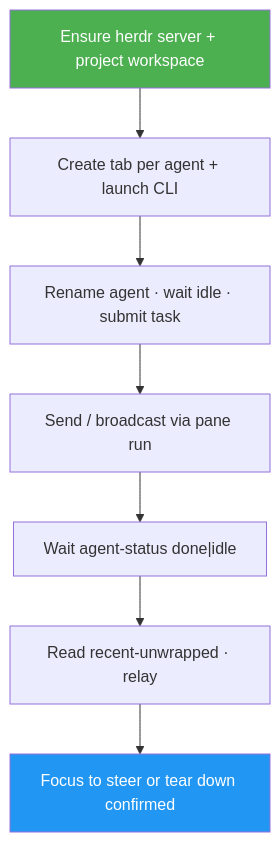
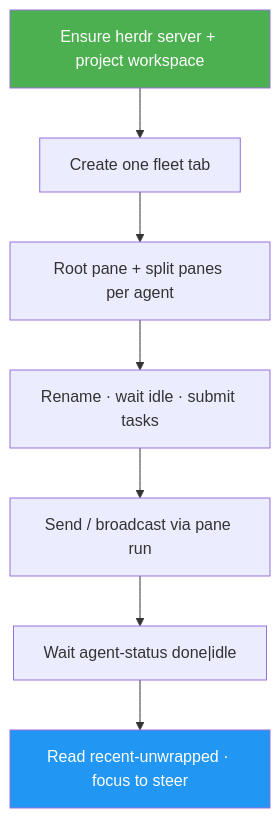
Before and after one commit to luongnv89/skills: the diagram in skills/herdr-agent-comms/docs/README.md, drawn with Mermaid. The commit also changed other lines of this file and 3 other files, not shown here.

First line of the commit message:
feat(herdr-agent-comms): default fleet layout to split panes

````diff
--- a/skills/herdr-agent-comms/docs/README.md
+++ b/skills/herdr-agent-comms/docs/README.md
@@ -32,11 +32,11 @@
 ```mermaid
 graph TD
-    A["Ensure herdr server + project workspace"] --> B["Create tab per agent + launch CLI"]
-    B --> C["Rename agent · wait idle · submit task"]
-    C --> D["Send / broadcast via pane run"]
-    D --> E["Wait agent-status done|idle"]
-    E --> F["Read recent-unwrapped · relay"]
-    F --> G["Focus to steer or tear down confirmed"]
+    A["Ensure herdr server + project workspace"] --> B["Create one fleet tab"]
+    B --> C["Root pane + split panes per agent"]
+    C --> D["Rename · wait idle · submit tasks"]
+    D --> E["Send / broadcast via pane run"]
+    E --> F["Wait agent-status done|idle"]
+    F --> G["Read recent-unwrapped · focus to steer"]
     style A fill:#4CAF50,color:#fff
     style G fill:#2196F3,color:#fff
 ```
````
